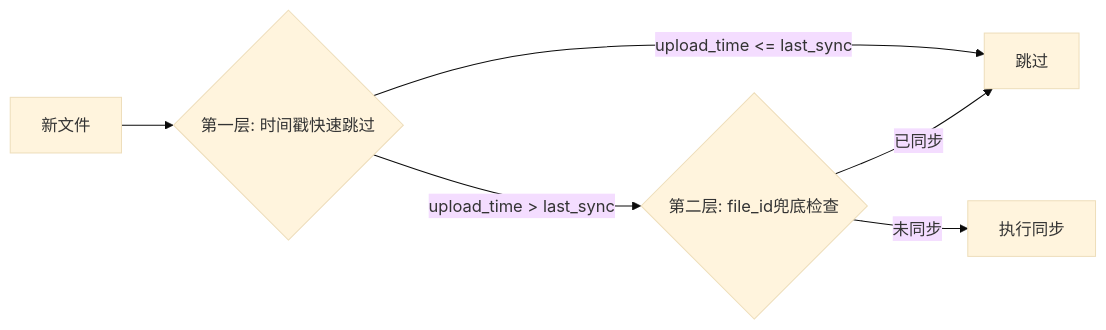
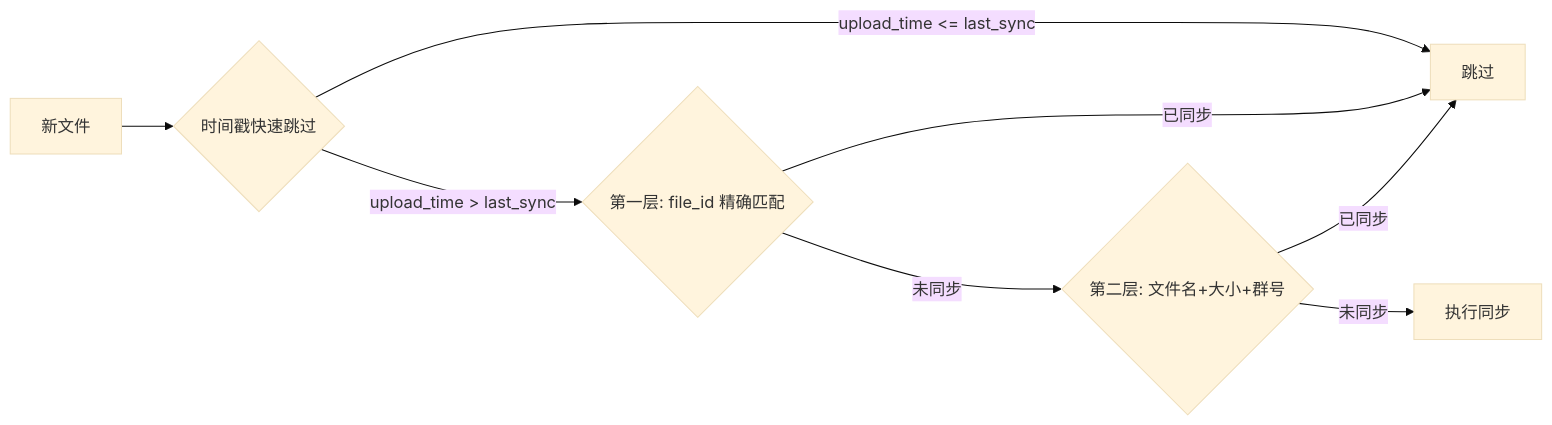
The second of 2 diagrams in README.md (Gal-criticism/astrbot_file_sync_plugin), drawn with Mermaid (base theme) before and after one commit. The commit also changed other lines of this file, not shown here.

````diff
--- a/README.md
+++ b/README.md
@@ -57,8 +61,10 @@
 ```mermaid
 flowchart LR
-    A[新文件] --> B{第一层: 时间戳快速跳过}
+    A[新文件] --> B{时间戳快速跳过}
     B -->|upload_time <= last_sync| C[跳过]
-    B -->|upload_time > last_sync| D{第二层: file_id兜底检查}
+    B -->|upload_time > last_sync| D{第一层: file_id 精确匹配}
     D -->|已同步| C
-    D -->|未同步| E[执行同步]
+    D -->|未同步| E{第二层: 文件名+大小+群号}
+    E -->|已同步| C
+    E -->|未同步| F[执行同步]
 ```
````
